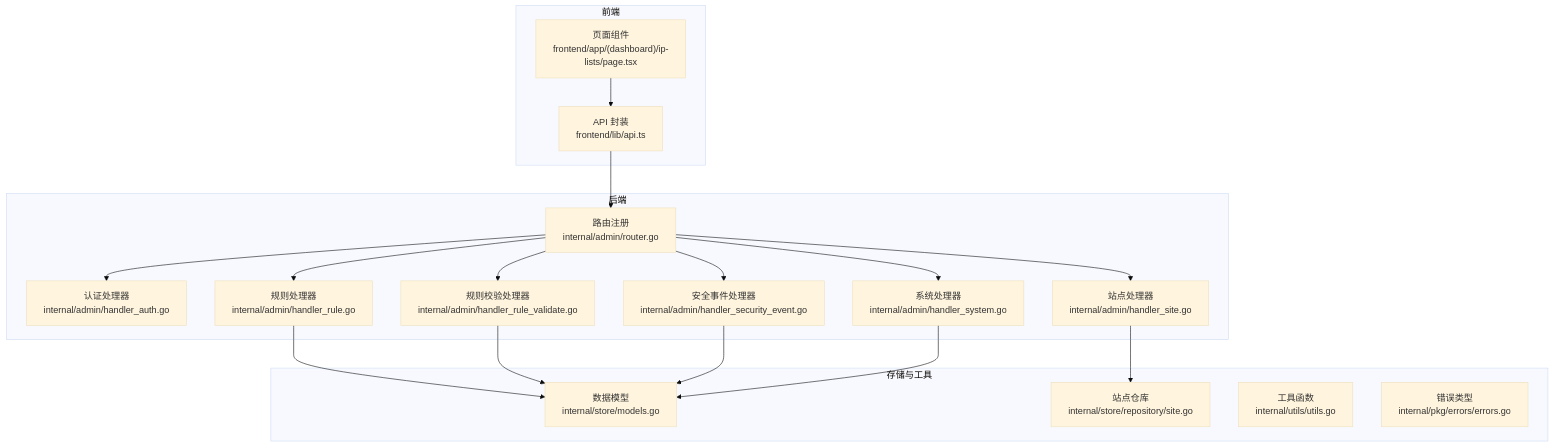
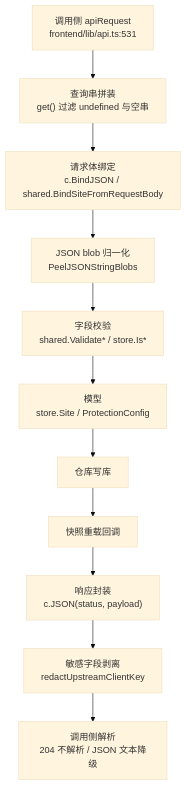
Before and after one commit to x01n/My-OpenWaf: the first of 5 diagrams in docs/管理 API 系统/REST API 设计规范/请求响应格式规范.md, drawn with Mermaid (base theme). The commit also changed other lines of this file and 622 other files, not shown here.

````diff
--- a/docs/管理 API 系统/REST API 设计规范/请求响应格式规范.md
+++ b/docs/管理 API 系统/REST API 设计规范/请求响应格式规范.md
@@ -49,35 +59,13 @@
 ```mermaid
 graph TB
-subgraph "后端"
-R["路由注册<br/>internal/admin/router.go"]
-A["认证处理器<br/>internal/admin/handler_auth.go"]
-S["站点处理器<br/>internal/admin/handler_site.go"]
-RL["规则处理器<br/>internal/admin/handler_rule.go"]
-RV["规则校验处理器<br/>internal/admin/handler_rule_validate.go"]
-SE["安全事件处理器<br/>internal/admin/handler_security_event.go"]
-SYS["系统处理器<br/>internal/admin/handler_system.go"]
-end
-subgraph "存储与工具"
-M["数据模型<br/>internal/store/models.go"]
-REPO_S["站点仓库<br/>internal/store/repository/site.go"]
-U["工具函数<br/>internal/utils/utils.go"]
-E["错误类型<br/>internal/pkg/errors/errors.go"]
-end
-subgraph "前端"
-FE_API["API 封装<br/>frontend/lib/api.ts"]
-FE_UI["页面组件<br/>frontend/app/(dashboard)/ip-lists/page.tsx"]
-end
-FE_API --> R
-R --> A
-R --> S
-R --> RL
-R --> RV
-R --> SE
-R --> SYS
-S --> REPO_S
-RL --> M
-RV --> M
-SE --> M
-SYS --> M
-FE_UI --> FE_API
+FE["调用侧 apiRequest<br/>frontend/lib/api.ts:531"] --> Q["查询串拼装<br/>get() 过滤 undefined 与空串"]
+Q --> Bind["请求体绑定<br/>c.BindJSON / shared.BindSiteFromRequestBody"]
+Bind --> Norm["JSON blob 归一化<br/>PeelJSONStringBlobs"]
+Norm --> Valid["字段校验<br/>shared.Validate* / store.Is*"]
+Valid --> Model["模型<br/>store.Site / ProtectionConfig"]
+Model --> Repo["仓库写库"]
+Repo --> Reload["快照重载回调"]
+Reload --> Wrap["响应封装<br/>c.JSON(status, payload)"]
+Wrap --> Redact["敏感字段剥离<br/>redactUpstreamClientKey"]
+Redact --> Parse["调用侧解析<br/>204 不解析 / JSON 文本降级"]
 ```
````
